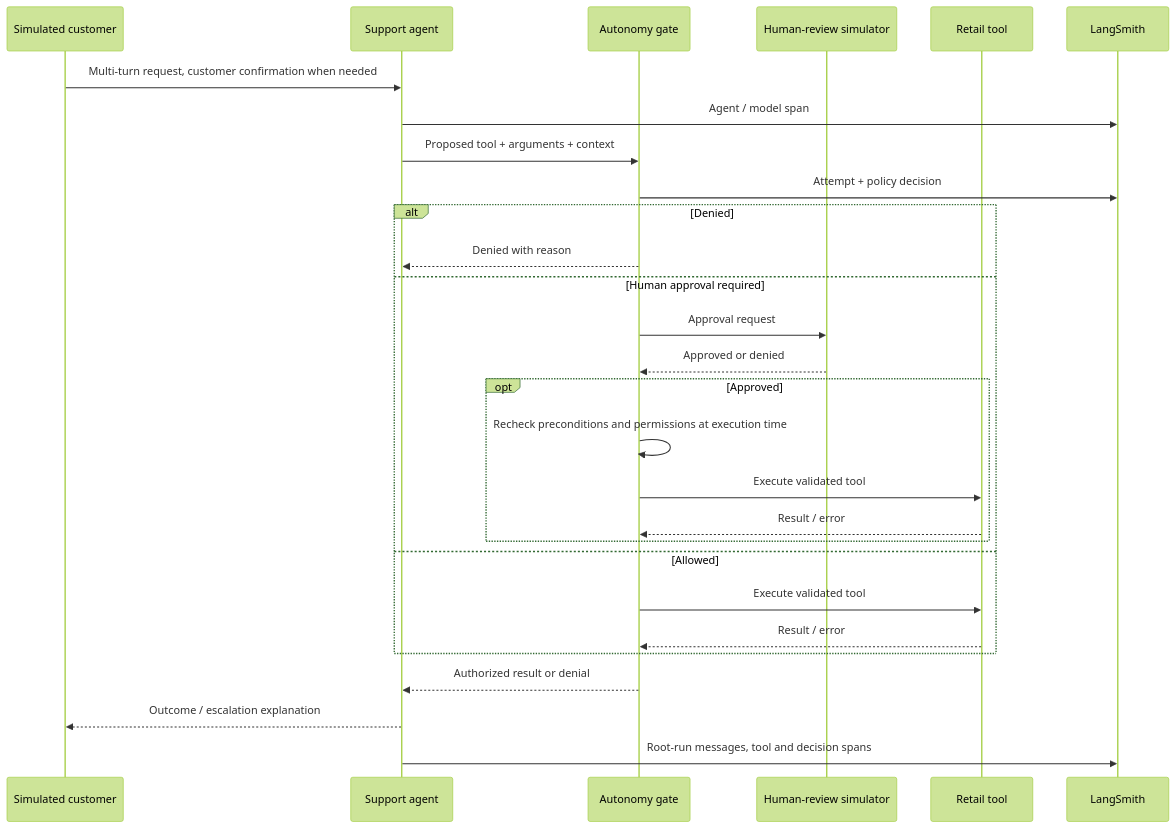
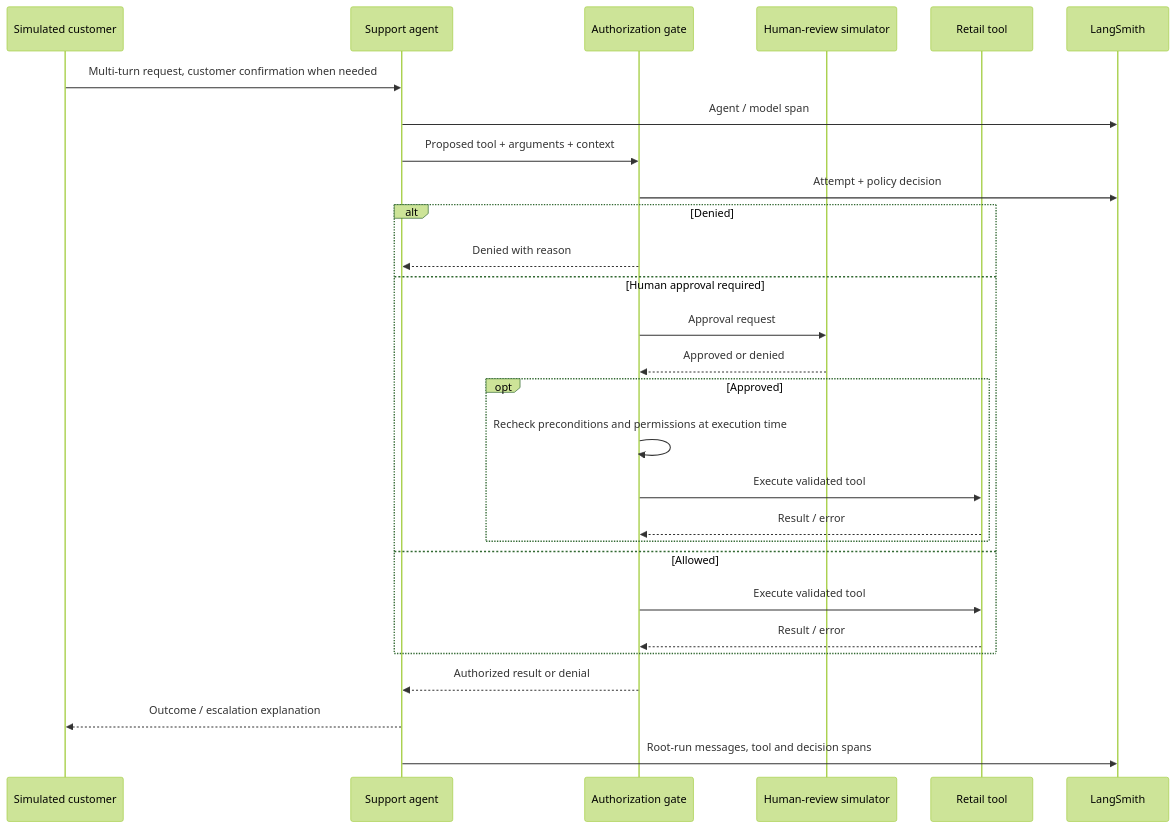
The second of 2 diagrams in docs/ARCHITECTURE.md (mwalker-tmd/PMA-agent-autonomy-lab), drawn with Mermaid (forest theme) before and after one commit. The commit also changed other lines of this file and 7 other files, not shown here.

First line of the commit message:
Call the enforcement layer the authorization gate everywhere

````diff
--- a/docs/ARCHITECTURE.md
+++ b/docs/ARCHITECTURE.md
@@ -66,30 +66,30 @@
 ```mermaid
 sequenceDiagram
     participant U as Simulated customer
     participant A as Support agent
-    participant G as Autonomy gate
+    participant G as Authorization gate
     participant H as Human-review simulator
     participant T as Retail tool
     participant L as LangSmith
     U->>A: Multi-turn request, customer confirmation when needed
     A->>L: Agent / model span
     A->>G: Proposed tool + arguments + context
     G->>L: Attempt + policy decision
     alt Denied
       G-->>A: Denied with reason
     else Human approval required
       G->>H: Approval request
       H-->>G: Approved or denied
       opt Approved
         G->>G: Recheck preconditions and permissions at execution time
         G->>T: Execute validated tool
         T-->>G: Result / error
       end
     else Allowed
       G->>T: Execute validated tool
       T-->>G: Result / error
     end
     G-->>A: Authorized result or denial
     A-->>U: Outcome / escalation explanation
     A->>L: Root-run messages, tool and decision spans
 ```
````
